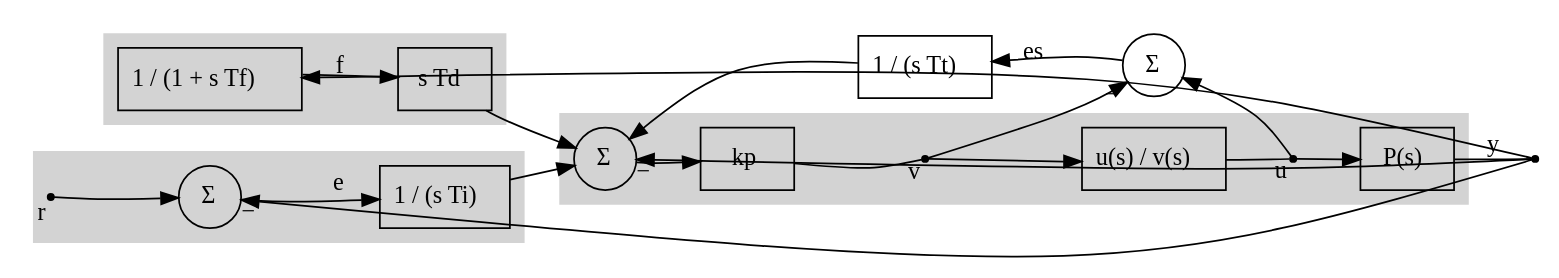
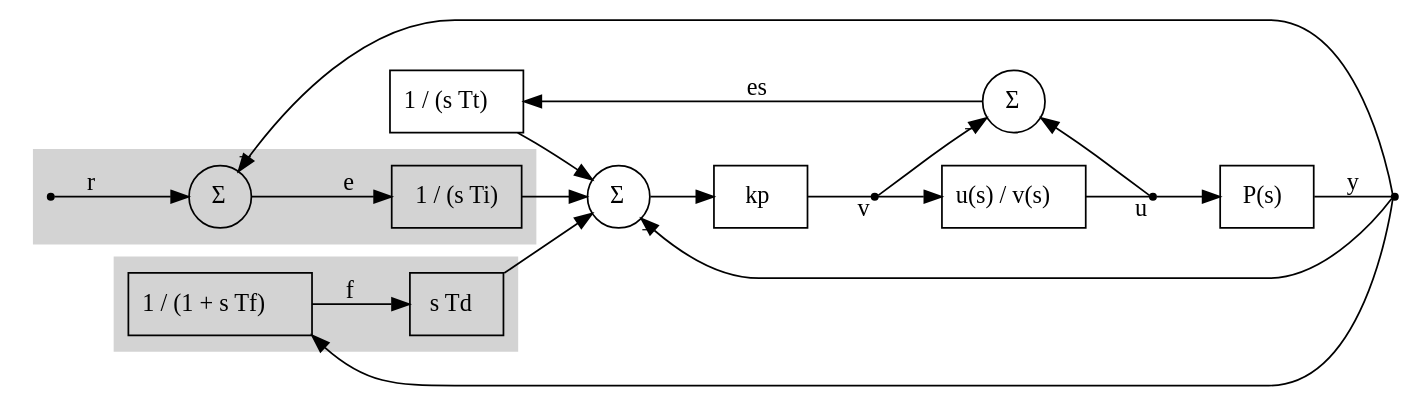
Before and after one commit to RhysU/suzerain: the diagram in writeups/helm.dot, drawn with Graphviz.

Commit message:
suzerain: #3012 almost there

```diff
--- a/writeups/helm.dot
+++ b/writeups/helm.dot
@@ -1,56 +1,51 @@
 digraph g {
 
     rankdir=LR;
     style=filled;     // DEBUG
     color=lightgrey;  // DEBUG
-    splines=curved;
 
     subgraph cluster_0 {
-        r        [shape=point,  xlabel=<r>];
-        sum2     [shape=circle, label=<&#931;>];
-        Ii       [shape=box,    label=<1 / (s Ti)>];
+        D      [shape=record, label=<s Td>];
+        filter [shape=record, label=<1 / (1 + s Tf)>];
     }
 
     subgraph cluster_1 {
-        D        [shape=box,    label=<s Td>];
-        filter   [shape=box,    label=<1 / (1 + s Tf)>];
+        r     [shape=point];
+        sumIt [shape=circle, label=<&#931;>];
+        Ii    [shape=record, label="1 / (s Ti)"];
     }
 
-    subgraph cluster_2 {
-        sum1     [shape=circle, label=<&#931;>];
-        gain     [shape=box,    label=<kp>];
-        v        [shape=point];
-        actuator [shape=rect,   label=<u(s) / v(s)>];
-
-        u        [shape=point,  label=<u>];
-        process  [shape=rect,   label=<P(s)>];
-    }
-
+    sum_gain [shape=circle, label=<&#931;>];
+    gain     [shape=record, label=<kp>];
+    v        [shape=point];
+    actuator [shape=record, label=<u(s) / v(s)>];
+    u        [shape=point,  label=<u>];
+    process  [shape=record, label=<P(s)>];
     y        [shape=point];
-    It       [shape=box,    label=<1 / (s Tt)>];
-    sum3     [shape=circle, label=<&#931;>];
+    It       [shape=record, label=<1 / (s Tt)>];
+    sum_es   [shape=circle, label=<&#931;>];
 
     actuator -> u        [arrowhead=none, headlabel=<u>];
     filter   -> D        [label=<f>];
     gain     -> v        [arrowhead=none, headlabel=<v>];
     u        -> process  [];
     v        -> actuator [];
 
-    D        -> sum1     [];
-    sum1     -> It       [dir=back];
-    Ii       -> sum1     [];
-    sum1     -> gain     [];
+    D        -> sum_gain [];
+    It       -> sum_gain [];
+    Ii       -> sum_gain [];
+    sum_gain -> gain     [];
 
-    r        -> sum2     [];
-    sum2     -> Ii       [label=<e>];
+    r        -> sumIt    [label=<r>];
+    sumIt    -> Ii       [label=<e>];
 
-    It       -> sum3     [dir=back, label=<es>];
-    sum3     -> u        [dir=back];
-    v        -> sum3     [headlabel=<&#8722;>];
+    It       -> sum_es   [dir=back, label=<es>];
+    sum_es   -> u        [dir=back];
+    v        -> sum_es   [headlabel=<&#8722;>];
 
     process  -> y        [arrowhead=none, label=<y>, weight=2];
-    filter   -> y        [dir=back, sametail="y"];
-    sum1     -> y        [dir=back, sametail="y", taillabel=<&#8722;>];
-    sum2     -> y        [dir=back, sametail="y", taillabel=<&#8722;>];
+    filter   -> y        [dir=back, tailport=se];
+    sum_gain -> y        [dir=back, taillabel=<&#8722;>];
+    sumIt    -> y        [dir=back, taillabel=<&#8722;>];
 
 }
```
